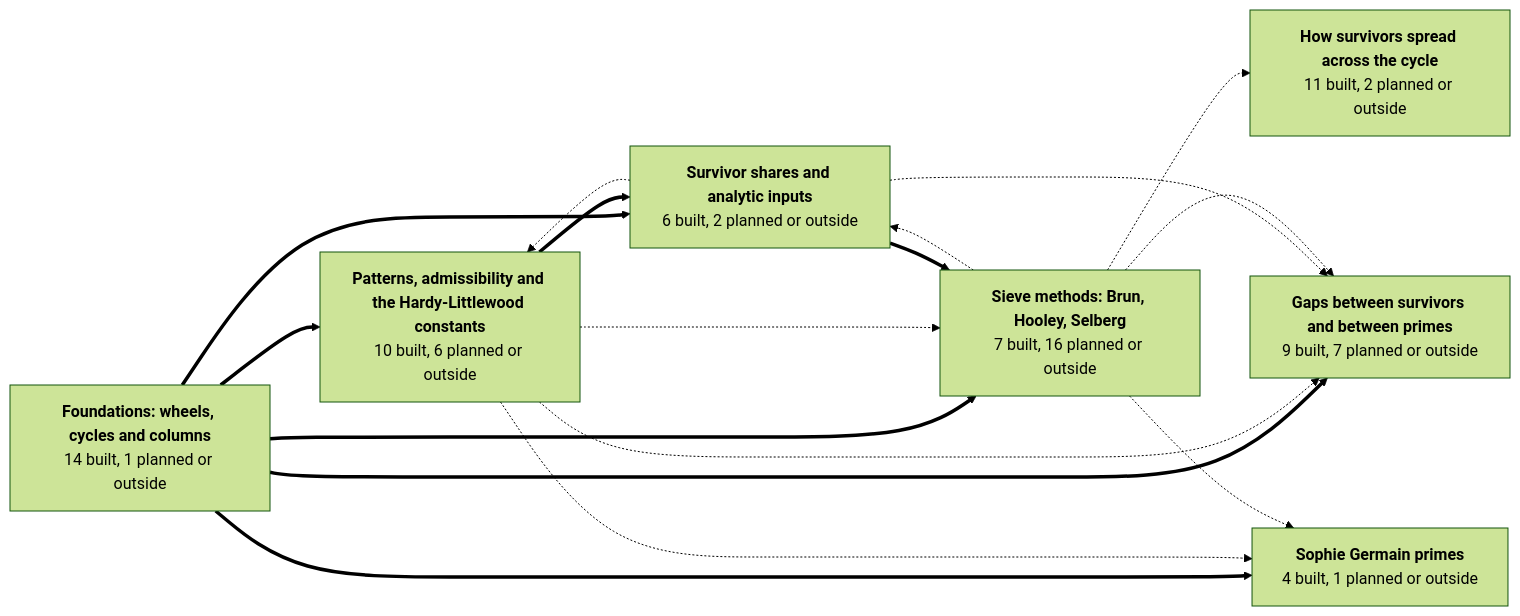
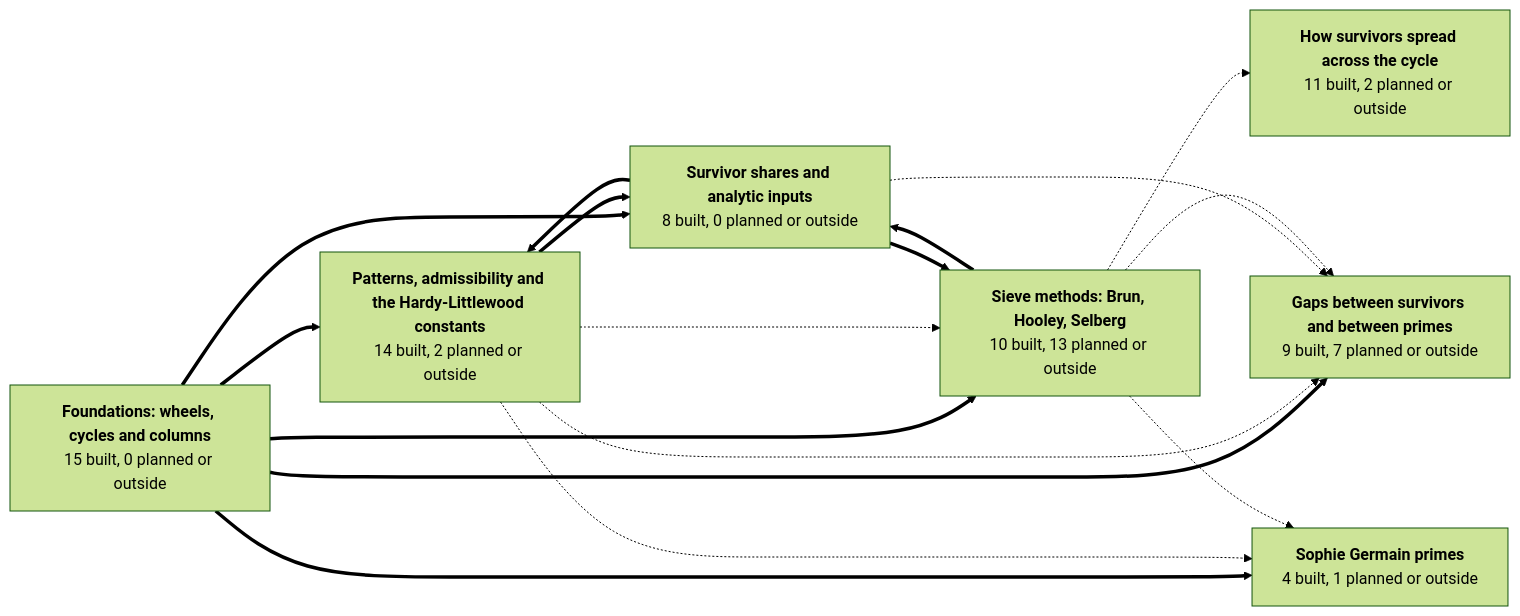
Before and after one commit to golfbum71/RNS-Sieve-Network: the first of 8 diagrams in GRAPH.md, drawn with Mermaid (forest theme). The commit also changed other lines of this file and 45 other files, not shown here.

First line of the commit message:
Easy ten: mark built nodes clean, node list, regenerate graph; replace deprecated Real import

````diff
--- a/GRAPH.md
+++ b/GRAPH.md
@@ -45,33 +45,33 @@
 ```mermaid
 graph LR
-  g1["<b>Foundations: wheels, cycles and columns</b><br/>14 built, 1 planned or outside"]
-  g2["<b>Patterns, admissibility and the Hardy-Littlewood constants</b><br/>10 built, 6 planned or outside"]
+  g1["<b>Foundations: wheels, cycles and columns</b><br/>15 built, 0 planned or outside"]
+  g2["<b>Patterns, admissibility and the Hardy-Littlewood constants</b><br/>14 built, 2 planned or outside"]
   g3["<b>How survivors spread across the cycle</b><br/>11 built, 2 planned or outside"]
   g4["<b>Gaps between survivors and between primes</b><br/>9 built, 7 planned or outside"]
   g5["<b>Sophie Germain primes</b><br/>4 built, 1 planned or outside"]
-  g6["<b>Survivor shares and analytic inputs</b><br/>6 built, 2 planned or outside"]
-  g7["<b>Sieve methods: Brun, Hooley, Selberg</b><br/>7 built, 16 planned or outside"]
+  g6["<b>Survivor shares and analytic inputs</b><br/>8 built, 0 planned or outside"]
+  g7["<b>Sieve methods: Brun, Hooley, Selberg</b><br/>10 built, 13 planned or outside"]
   g1 ==> g2
   g1 ==> g4
   g1 ==> g5
   g1 ==> g6
   g1 ==> g7
   g2 -.-> g4
   g2 -.-> g5
   g2 ==> g6
   g2 -.-> g7
-  g6 -.-> g2
+  g6 ==> g2
   g6 -.-> g4
   g6 ==> g7
   g7 -.-> g3
   g7 -.-> g4
   g7 -.-> g5
-  g7 -.-> g6
+  g7 ==> g6
   click g1 href "https://github.com/golfbum71/RNS-Sieve-Network/blob/main/GRAPH.md#foundations-wheels-cycles-and-columns" _self
   click g2 href "https://github.com/golfbum71/RNS-Sieve-Network/blob/main/GRAPH.md#patterns-admissibility-and-the-hardy-littlewood-constants" _self
   click g3 href "https://github.com/golfbum71/RNS-Sieve-Network/blob/main/GRAPH.md#how-survivors-spread-across-the-cycle" _self
   click g4 href "https://github.com/golfbum71/RNS-Sieve-Network/blob/main/GRAPH.md#gaps-between-survivors-and-between-primes" _self
   click g5 href "https://github.com/golfbum71/RNS-Sieve-Network/blob/main/GRAPH.md#sophie-germain-primes" _self
   click g6 href "https://github.com/golfbum71/RNS-Sieve-Network/blob/main/GRAPH.md#survivor-shares-and-analytic-inputs" _self
   click g7 href "https://github.com/golfbum71/RNS-Sieve-Network/blob/main/GRAPH.md#sieve-methods-brun-hooley-selberg" _self
 ```
````
